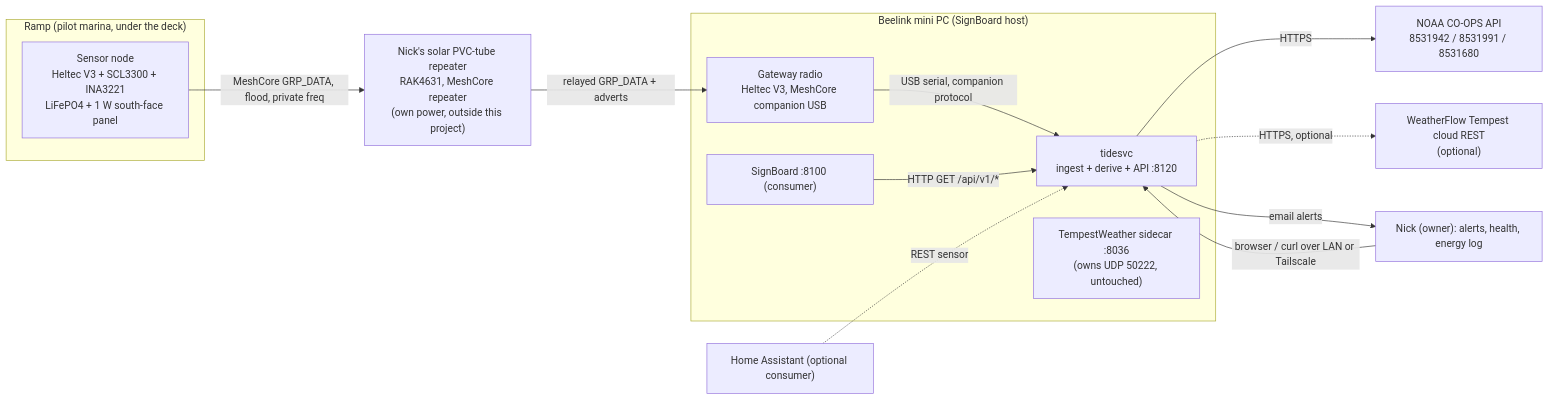
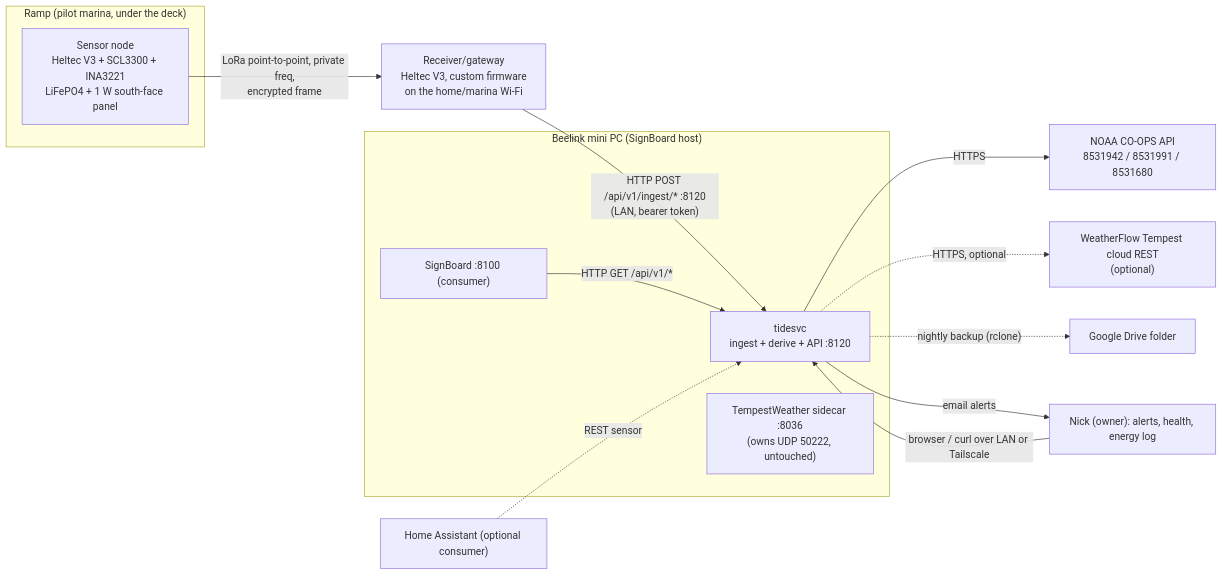
The first of 6 diagrams in docs/ARCHITECTURE.md (nickdnj/lora-ramp-tide-sensor), drawn with Mermaid before and after one commit. The commit also changed other lines of this file and 7 other files, not shown here.

First line of the commit message:
Redesign link: direct LoRa to Wi-Fi gateway, drop repeater and MeshCore

````diff
--- a/docs/ARCHITECTURE.md
+++ b/docs/ARCHITECTURE.md
@@ -125,27 +163,26 @@
 ```mermaid
 graph LR
     subgraph Ramp["Ramp (pilot marina, under the deck)"]
         Node["Sensor node<br/>Heltec V3 + SCL3300 + INA3221<br/>LiFePO4 + 1 W south-face panel"]
     end
-    Rep["Nick's solar PVC-tube repeater<br/>RAK4631, MeshCore repeater<br/>(own power, outside this project)"]
+    GW["Receiver/gateway<br/>Heltec V3, custom firmware<br/>on the home/marina Wi-Fi"]
     subgraph MiniPC["Beelink mini PC (SignBoard host)"]
-        GW["Gateway radio<br/>Heltec V3, MeshCore companion USB"]
         Svc["tidesvc<br/>ingest + derive + API :8120"]
         SB["SignBoard :8100 (consumer)"]
         TW["TempestWeather sidecar :8036<br/>(owns UDP 50222, untouched)"]
     end
     NOAA["NOAA CO-OPS API<br/>8531942 / 8531991 / 8531680"]
     Tempest["WeatherFlow Tempest cloud REST<br/>(optional)"]
     HA["Home Assistant (optional consumer)"]
     Nick["Nick (owner): alerts, health, energy log"]
 
-    Node -- "MeshCore GRP_DATA, flood, private freq" --> Rep
-    Rep -- "relayed GRP_DATA + adverts" --> GW
-    GW -- "USB serial, companion protocol" --> Svc
+    Node -- "LoRa point-to-point, private freq,<br/>encrypted frame" --> GW
+    GW -- "HTTP POST /api/v1/ingest/* :8120<br/>(LAN, bearer token)" --> Svc
     Svc -- HTTPS --> NOAA
     Svc -. "HTTPS, optional" .-> Tempest
     SB -- "HTTP GET /api/v1/*" --> Svc
     HA -. "REST sensor" .-> Svc
+    Svc -. "nightly backup (rclone)" .-> Drive["Google Drive folder"]
     Svc -- "email alerts" --> Nick
     Nick -- "browser / curl over LAN or Tailscale" --> Svc
 ```
````
